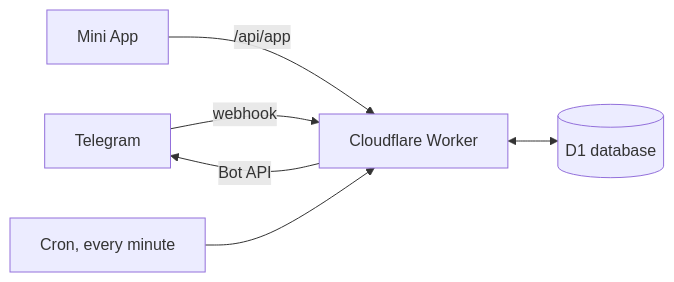
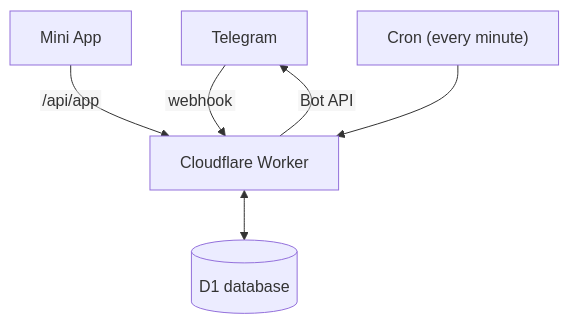
One commit to nicholas-wan/squash-bot changed the diagram in README.md. Above: the diagram before and after it, drawn with Mermaid.

Commit message:
Stop the README diagram cutting off its labels

````diff
--- a/README.md
+++ b/README.md
@@ -49,8 +49,9 @@
 ```mermaid
-flowchart LR
-    TG[Telegram] -- webhook --> W[Cloudflare Worker]
-    APP[Mini App] -- /api/app --> W
-    CRON[Cron, every minute] --> W
-    W <--> DB[(D1 database)]
-    W -- Bot API --> TG
+%%{init: {"flowchart": {"htmlLabels": false}}}%%
+flowchart TB
+    TG["Telegram"] -- "webhook" --> W["Cloudflare Worker"]
+    W -- "Bot API" --> TG
+    APP["Mini App"] -- "/api/app" --> W
+    CRON["Cron (every minute)"] --> W
+    W <--> DB[("D1 database")]
 ```
````
